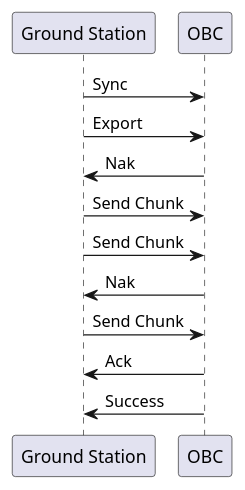
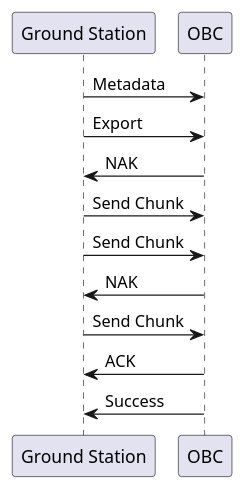
One commit to kubos/kubos changed the third of 3 diagrams in docs/services/file-protocol.rst. Above: the diagram before and after it, drawn with PlantUML. The commit also changed other lines of this file and 1 other file, not shown here.

```diff
--- a/docs/services/file-protocol.rst
+++ b/docs/services/file-protocol.rst
@@ -245,18 +249,18 @@
 .. uml::
 
     @startuml
 
     participant "Ground Station" as ground
     participant "OBC" as obc
 
-    ground -> obc : Sync 
+    ground -> obc : Metadata 
     ground -> obc : Export 
-    obc -> ground : Nak
+    obc -> ground : NAK
     ground -> obc : Send Chunk
     ground -> obc : Send Chunk
-    obc -> ground : Nak
+    obc -> ground : NAK
     ground -> obc : Send Chunk
-    obc -> ground : Ack
+    obc -> ground : ACK
     obc -> ground : Success
 
     @enduml
```
